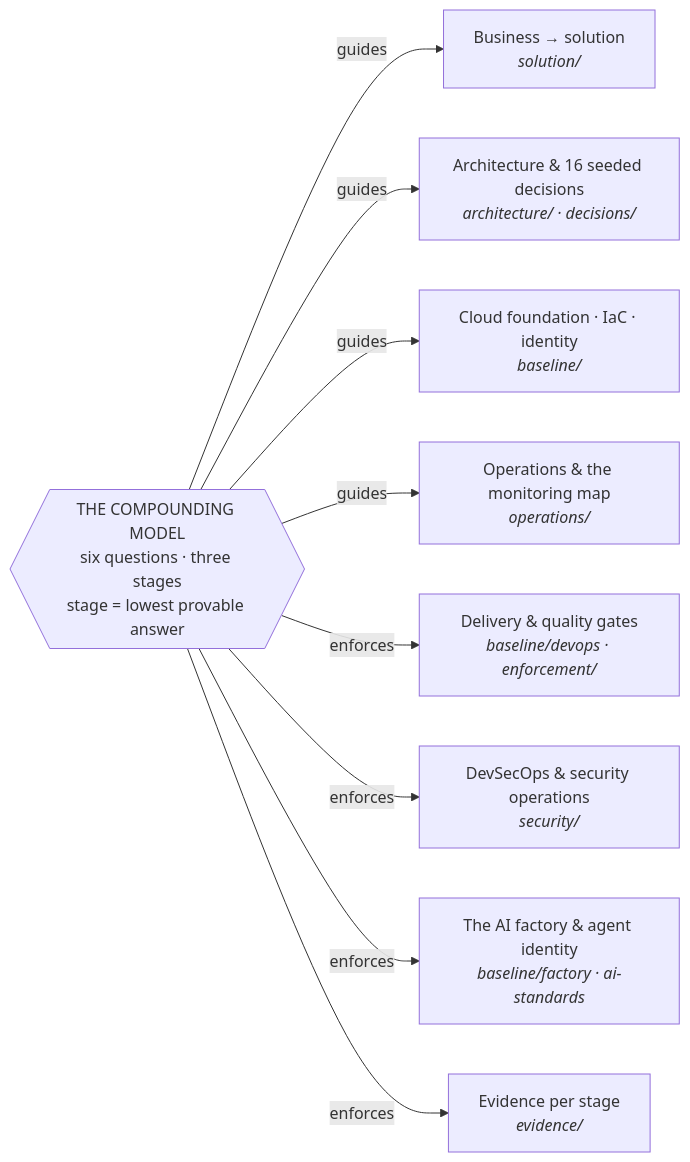
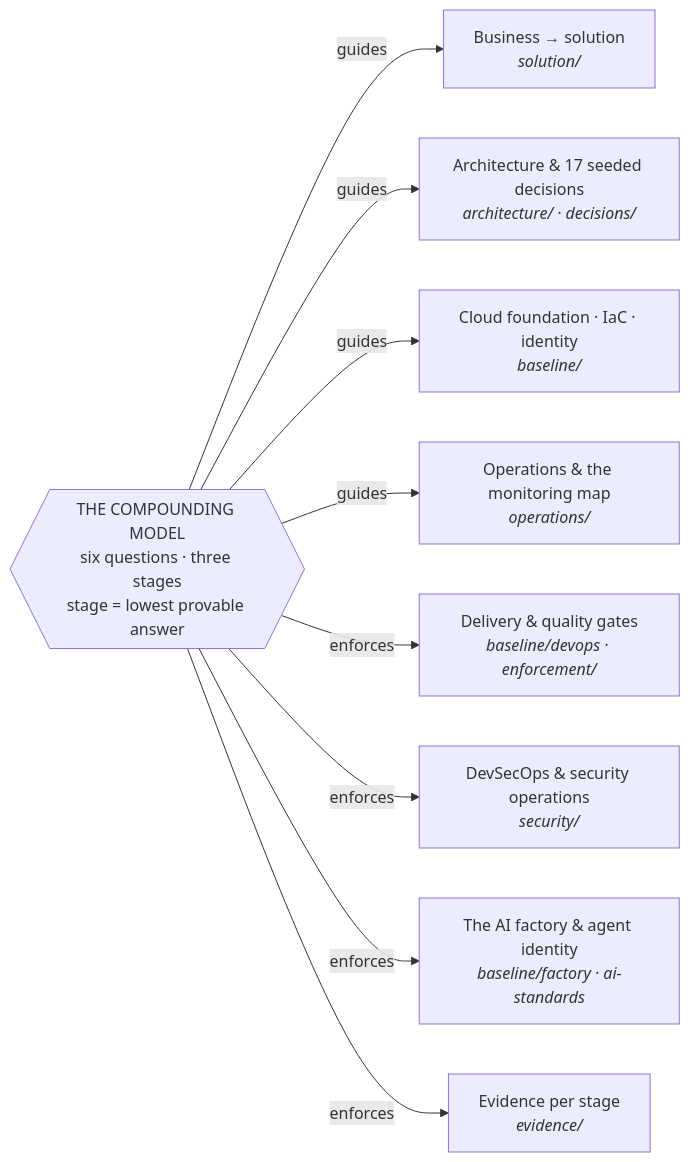
One commit to savvaniss/compounding-model changed the diagram in README.md. Above: the diagram before and after it, drawn with Mermaid. The commit also changed other lines of this file and 15 other files, not shown here.

````diff
--- a/README.md
+++ b/README.md
@@ -65,12 +65,12 @@
 ```mermaid
 flowchart LR
   M{{"THE COMPOUNDING MODEL<br/>six questions · three stages<br/>stage = lowest provable answer"}}
   M -->|guides| SOL["Business → solution<br/><i>solution/</i>"]
-  M -->|guides| ARC["Architecture & 16 seeded decisions<br/><i>architecture/ · decisions/</i>"]
+  M -->|guides| ARC["Architecture & 17 seeded decisions<br/><i>architecture/ · decisions/</i>"]
   M -->|guides| FND["Cloud foundation · IaC · identity<br/><i>baseline/</i>"]
   M -->|guides| OPS["Operations & the monitoring map<br/><i>operations/</i>"]
   M -->|enforces| DEL["Delivery & quality gates<br/><i>baseline/devops · enforcement/</i>"]
   M -->|enforces| SEC["DevSecOps & security operations<br/><i>security/</i>"]
   M -->|enforces| FAC["The AI factory & agent identity<br/><i>baseline/factory · ai-standards</i>"]
   M -->|enforces| EVD["Evidence per stage<br/><i>evidence/</i>"]
 ```
````
